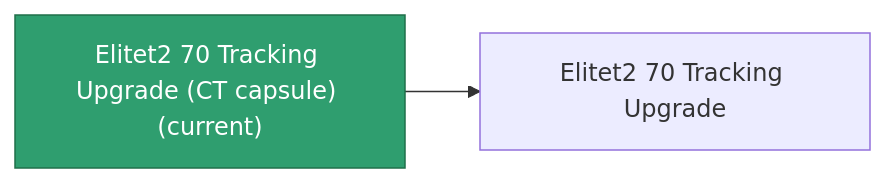
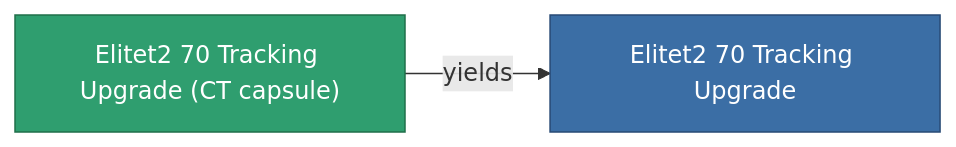
The diagram in content/content/items/elitet2_70_tracking_upgrade_CT_capsule.md (OpenPerpetuum/Wiki), drawn with Mermaid before and after one commit. The commit also changed other lines of this file and 2015 other files, not shown here.

````diff
--- a/content/content/items/elitet2_70_tracking_upgrade_CT_capsule.md
+++ b/content/content/items/elitet2_70_tracking_upgrade_CT_capsule.md
@@ -33,8 +33,9 @@
 ```mermaid
 graph LR
-    a["Elitet2 70 Tracking Upgrade (CT capsule) (current)"]:::current
-    b["Elitet2 70 Tracking Upgrade"]
-    a --> b
-    click b "/content/items/elitet2-70-tracking-upgrade/" "Elitet2 70 Tracking Upgrade"
+    a["Elitet2 70 Tracking Upgrade (CT capsule)"]:::current
+    b["Elitet2 70 Tracking Upgrade"]:::finished
+    a -->|yields| b
+                click b "/content/items/elitet2-70-tracking-upgrade/" "Elitet2 70 Tracking Upgrade"
     classDef current fill:#2f9e6f,stroke:#1f6f4a,color:#ffffff
+    classDef finished fill:#3b6ea5,stroke:#274a75,color:#ffffff
 ```
````
